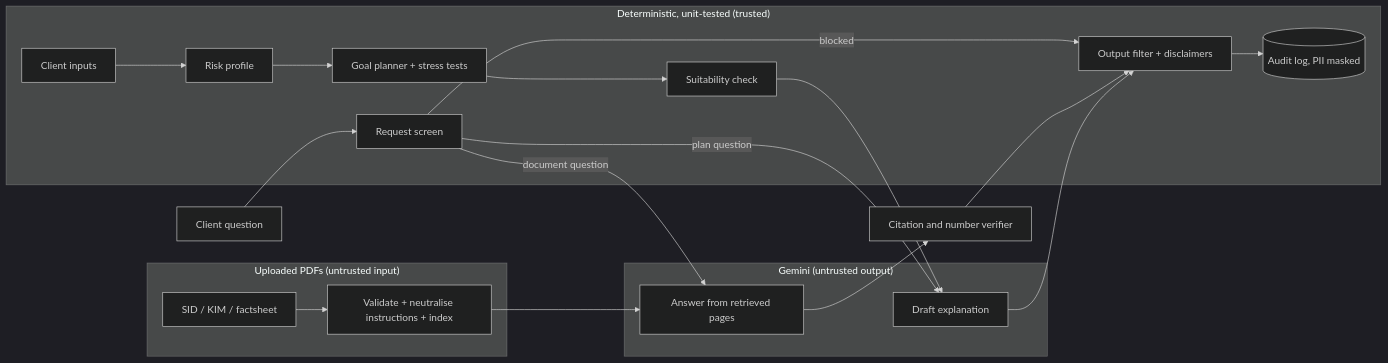
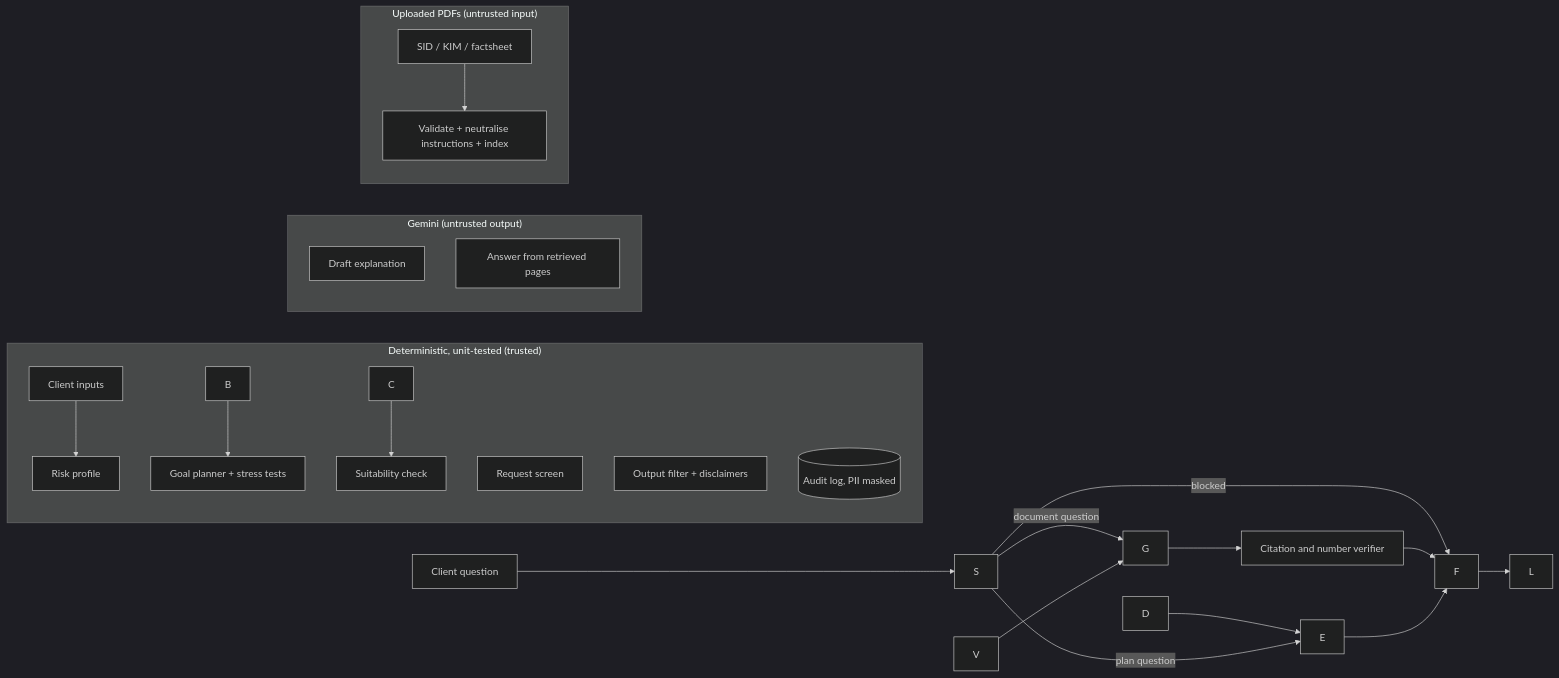
One commit to prakatheesh087/ria-copilot changed the diagram in README.md. Above: the diagram before and after it, drawn with Mermaid (dark theme). The commit also changed other lines of this file, not shown here.

````diff
--- a/README.md
+++ b/README.md
@@ -52,27 +53,27 @@
 ```mermaid
 flowchart LR
-  subgraph Rules["Deterministic, unit-tested (trusted)"]
-    A[Client inputs] --> B[Risk profile]
-    B --> C[Goal planner + stress tests]
-    C --> D[Suitability check]
-    S[Request screen]
-    F[Output filter + disclaimers]
-    L[(Audit log, PII masked)]
+  subgraph Rules\["Deterministic, unit-tested (trusted)"]
+    A\[Client inputs] --> B\[Risk profile]
+    B --> C\[Goal planner + stress tests]
+    C --> D\[Suitability check]
+    S\[Request screen]
+    F\[Output filter + disclaimers]
+    L\[(Audit log, PII masked)]
   end
-  subgraph LLM["Gemini (untrusted output)"]
-    E[Draft explanation]
-    G[Answer from retrieved pages]
+  subgraph LLM\["Gemini (untrusted output)"]
+    E\[Draft explanation]
+    G\[Answer from retrieved pages]
   end
-  subgraph Docs["Uploaded PDFs (untrusted input)"]
-    P[SID / KIM / factsheet] --> V[Validate + neutralise instructions + index]
+  subgraph Docs\["Uploaded PDFs (untrusted input)"]
+    P\[SID / KIM / factsheet] --> V\[Validate + neutralise instructions + index]
   end
   D --> E
-  Q[Client question] --> S
+  Q\[Client question] --> S
   S -- blocked --> F
   S -- plan question --> E
   S -- document question --> G
   V --> G
-  G --> W[Citation and number verifier] --> F
+  G --> W\[Citation and number verifier] --> F
   E --> F
   F --> L
 ```
````
